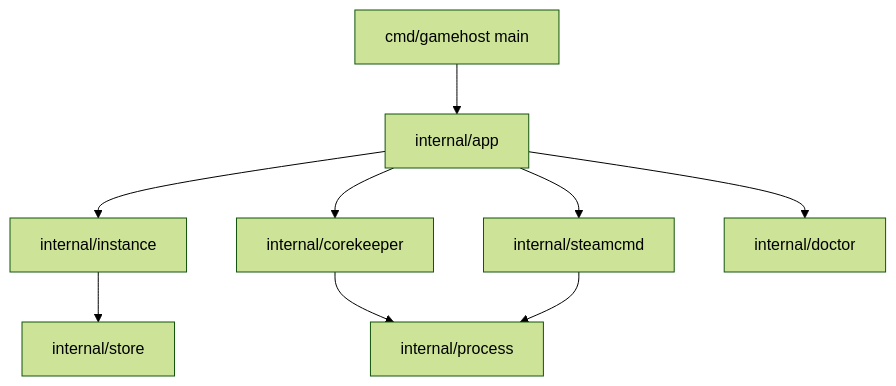
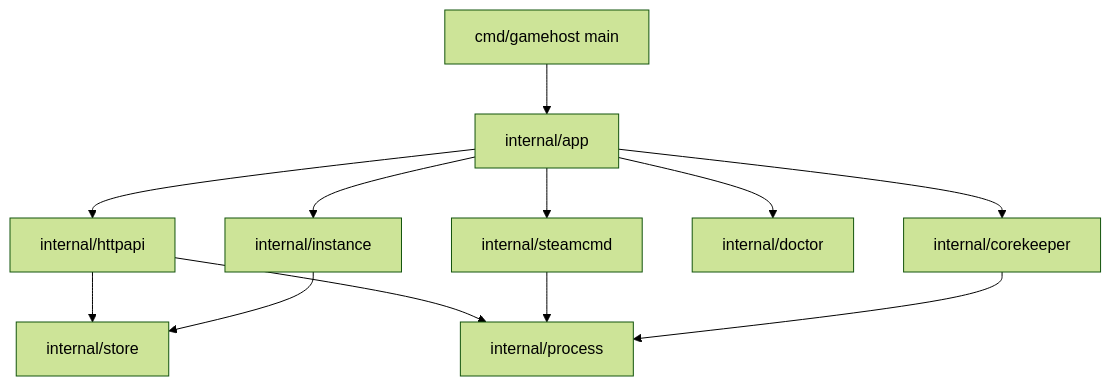
The first of 2 diagrams in README.md (SyberFoxx/gamehost), drawn with Mermaid (forest theme) before and after one commit. The commit also changed other lines of this file and 12 other files, not shown here.

````diff
--- a/README.md
+++ b/README.md
@@ -162,11 +191,14 @@
 ```mermaid
 graph TD
     A["cmd/gamehost main"] --> B["internal/app"]
     B --> C["internal/instance"]
     B --> D["internal/corekeeper"]
     B --> E["internal/steamcmd"]
     B --> F["internal/doctor"]
+    B --> I["internal/httpapi"]
     C --> G["internal/store"]
     D --> H["internal/process"]
     E --> H
+    I --> G
+    I --> H
 ```
````
